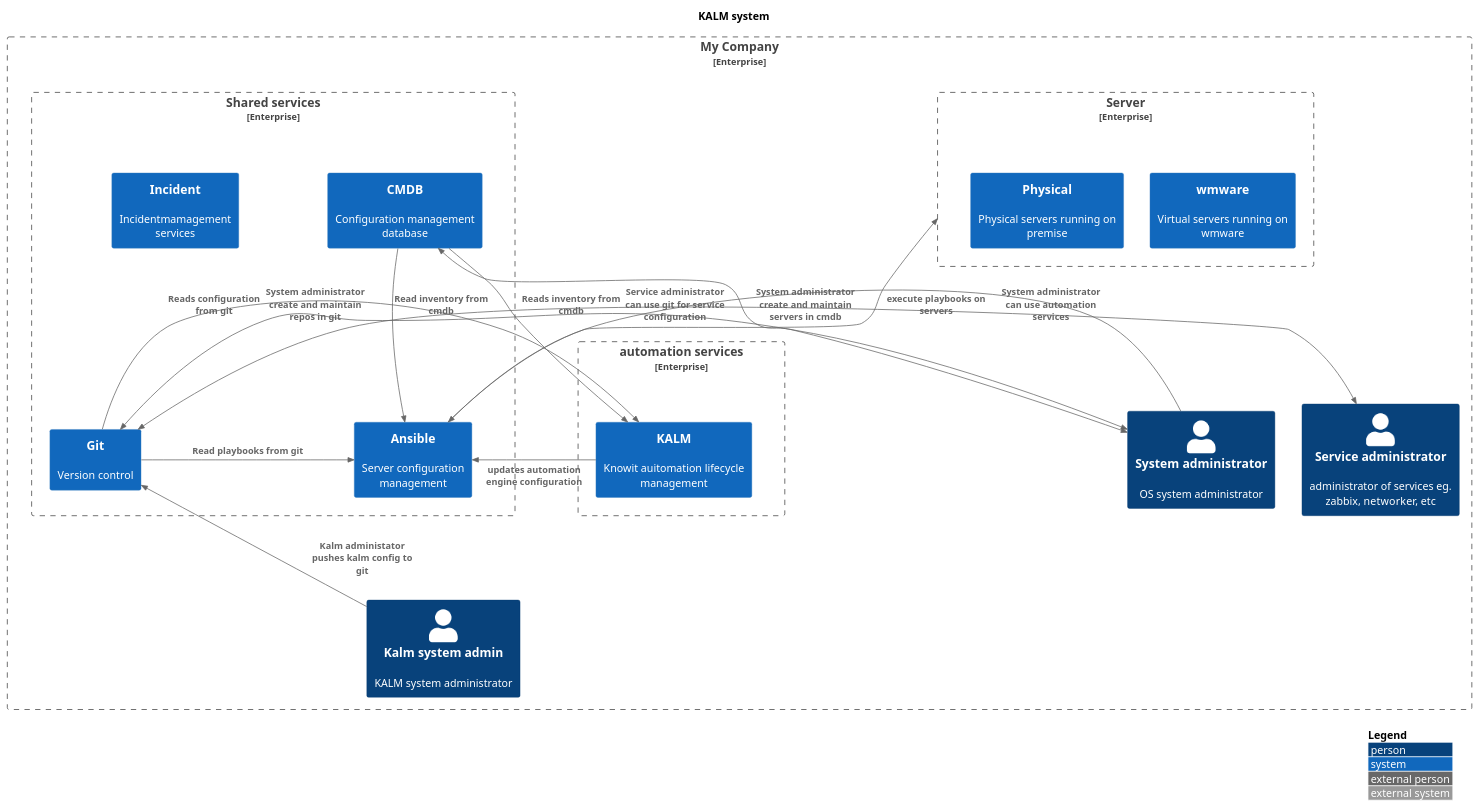
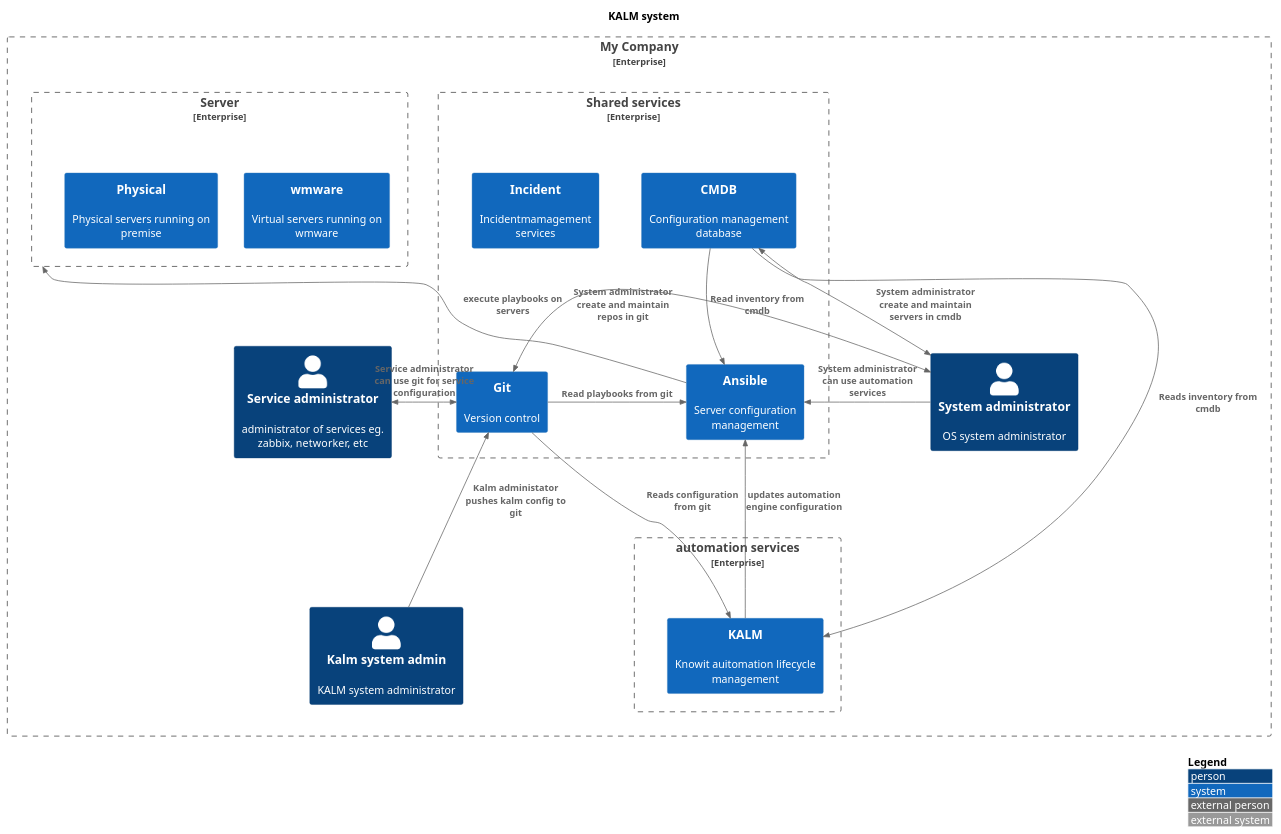
Before and after one commit to JakobHolstDK/infowall: the diagram in diagrams/kalm.puml, drawn with PlantUML.

Commit message:
no write

```diff
--- a/diagrams/kalm.puml
+++ b/diagrams/kalm.puml
@@ -1,68 +1,68 @@
 @startuml
 !include https://raw.githubusercontent.com/plantuml-stdlib/C4-PlantUML/master/C4_Context.puml
 
 ' uncomment the following line and comment the first to use locally
 ' !include C4_Context.puml
 
 LAYOUT_TOP_DOWN()
 'LAYOUT_AS_SKETCH()
 LAYOUT_WITH_LEGEND()
 
 
 title   KALM system
 
 
 Enterprise_Boundary(c0, "My Company", "My awesome organisation") {
 
 Person(kalmadmin, "Kalm system admin", "KALM system administrator")
 Person(systemadmin, "System administrator", "OS system administrator")
 Person(serviceadmin, "Service administrator", "administrator of services eg. zabbix, networker, etc")
 Enterprise_Boundary(c2, "Server ", "Virtuelle servere") {
     System(vmware, "wmware", "Virtual servers running on wmware")
     System(physicalservers, "Physical", "Physical servers running on premise")
 }
 
 Enterprise_Boundary(c3, "Shared services", "Shared services in the organisation") {
     System(cmdb, "CMDB", "Configuration management database")
     System(automation, "Ansible", "Server configuration management")
     System(git, "Git", "Version control")
     System(incident, "Incident", "Incidentmamagement services")
 }
 
 Enterprise_Boundary(c1, "automation services", "Automation services") {
     System(kalm, "KALM", "Knowit auitomation lifecycle management")
 }
 
 
 }
 
 Lay_L(serviceadmin, systemadmin)
 Lay_R(serviceadmin, kalmadmin)
-Lay_L(c1, c3)
-Lay_R(c1, c2)
+Lay_U(c1, c3)
+Lay_U(c1, c2)
 
 
 
 
 Rel_Neighbor(git, automation, "Read playbooks from git")
 Rel_D(cmdb, automation, "Read inventory from cmdb")
 Rel_U(automation, c2 , "execute playbooks on servers")
 
 
 Rel_U(kalmadmin, git, "Kalm administator pushes kalm config to git")
 
 Rel_U(systemadmin, automation, "System administrator can use automation services")
 BiRel_R(systemadmin, git, "System administrator create and maintain repos in git")
 BiRel_L(systemadmin, cmdb, "System administrator create and maintain servers in cmdb")
 BiRel_D(serviceadmin, git, "Service administrator can use git for service configuration")
 
 
 
 
 
 Rel_D(cmdb, kalm, "Reads inventory from cmdb")
 Rel_D(git, kalm, "Reads configuration from git")
 Rel_L(kalm, automation, "updates automation engine configuration")
 
 
 @enduml
```
